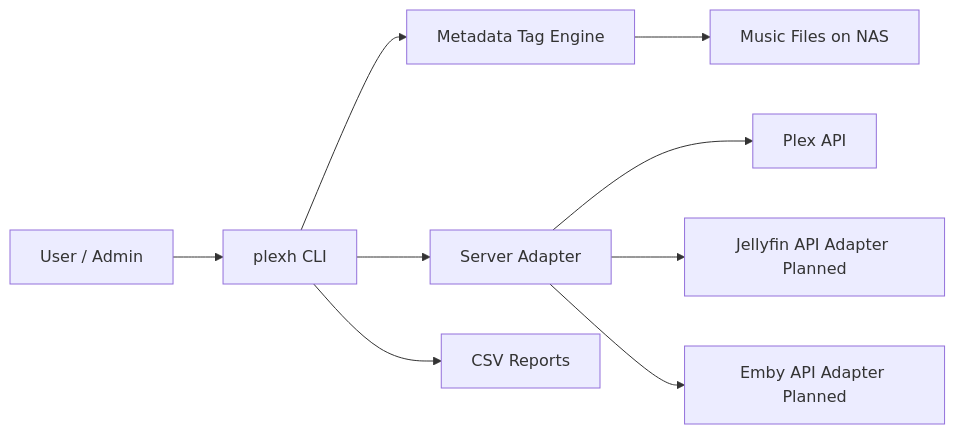
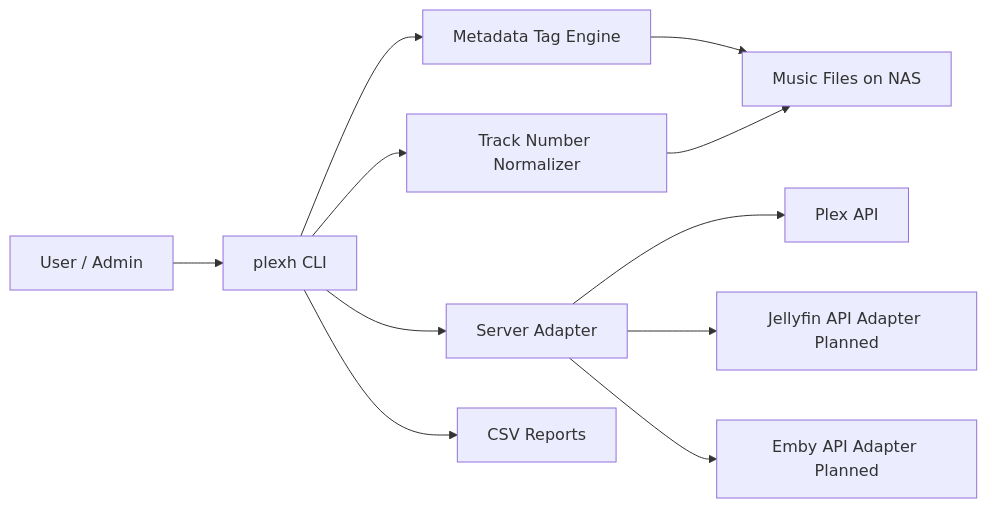
The diagram in README.md (sharvinzlife/HarmonyForge), drawn with Mermaid before and after one commit. The commit also changed other lines of this file and 5 other files, not shown here.

Commit message:
Expand feature scope docs and add track-number correction command

````diff
--- a/README.md
+++ b/README.md
@@ -30,11 +50,13 @@
 ```mermaid
 flowchart LR
   U[User / Admin] --> C[plexh CLI]
   C --> M[Metadata Tag Engine]
+  C --> N[Track Number Normalizer]
   C --> A[Server Adapter]
   M --> F[Music Files on NAS]
+  N --> F
   A --> P[Plex API]
   A --> J[Jellyfin API Adapter Planned]
   A --> E[Emby API Adapter Planned]
   C --> R[CSV Reports]
 ```
````
